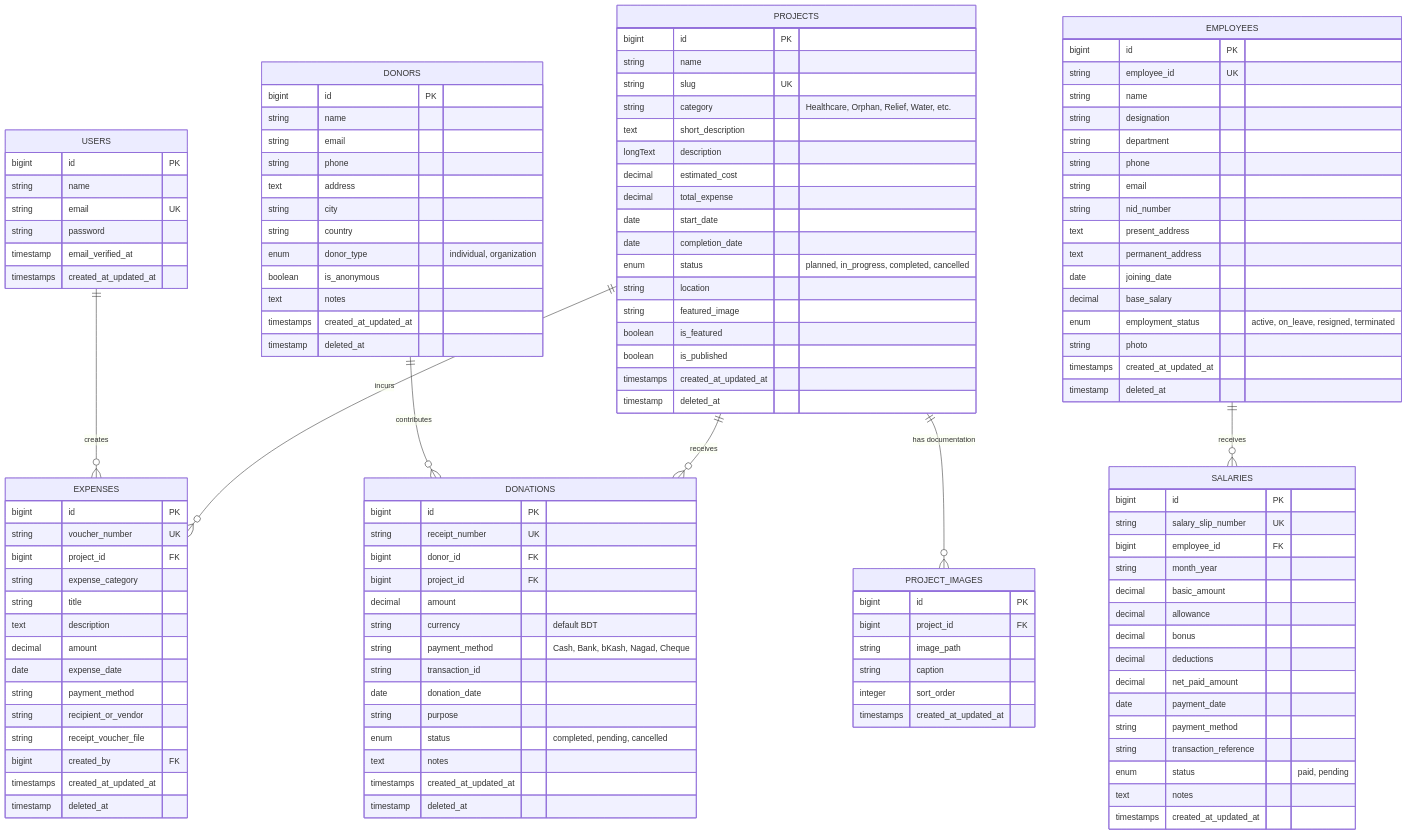
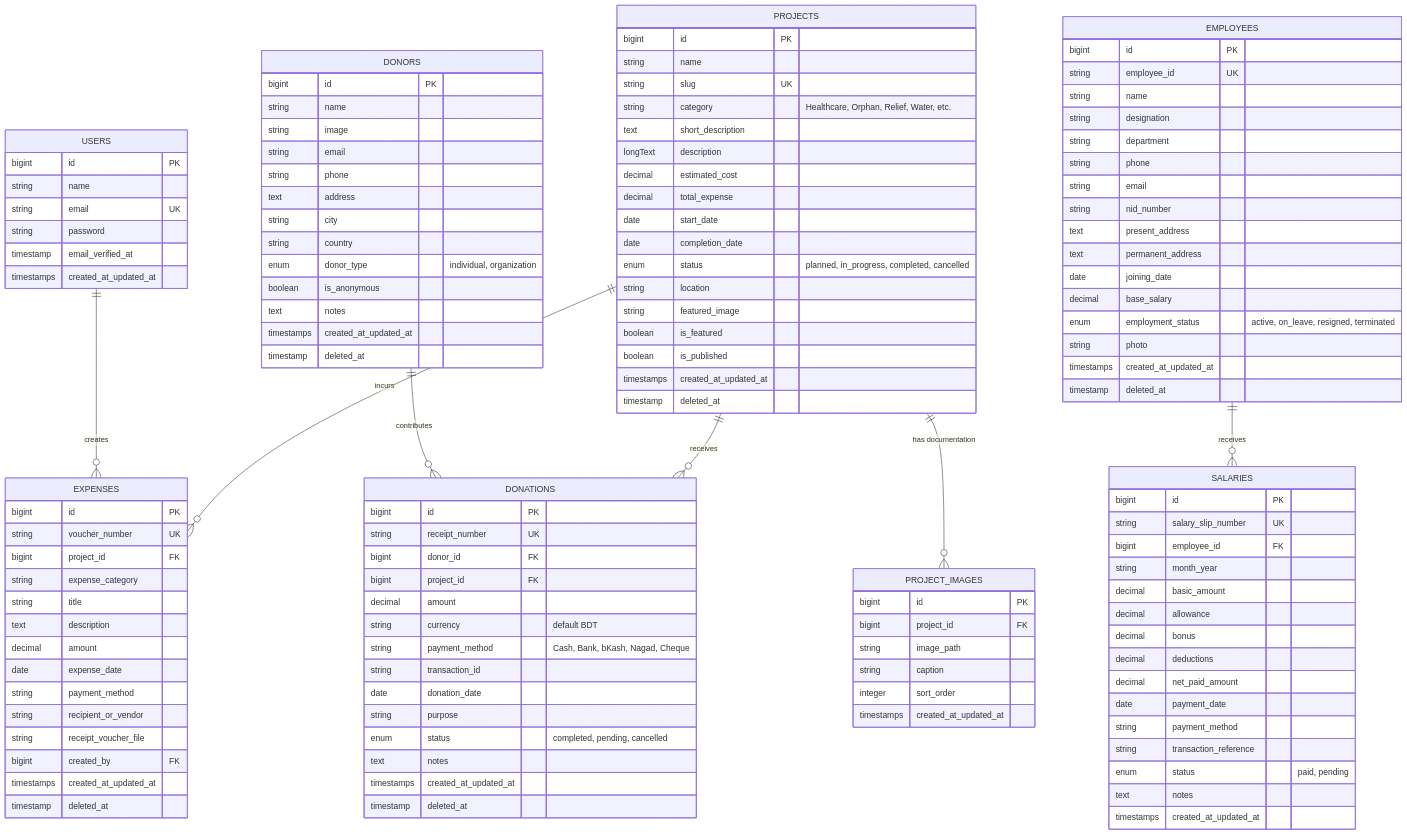
Before and after one commit to sazal-inceptia/shanti-nagar-foundation: the diagram in docs/database_design.md, drawn with Mermaid. The commit also changed other lines of this file and 21 other files, not shown here.

```diff
--- a/docs/database_design.md
+++ b/docs/database_design.md
@@ -28,6 +28,7 @@
     DONORS {
         bigint id PK
         string name
+        string image
         string email
         string phone
         text address
```
